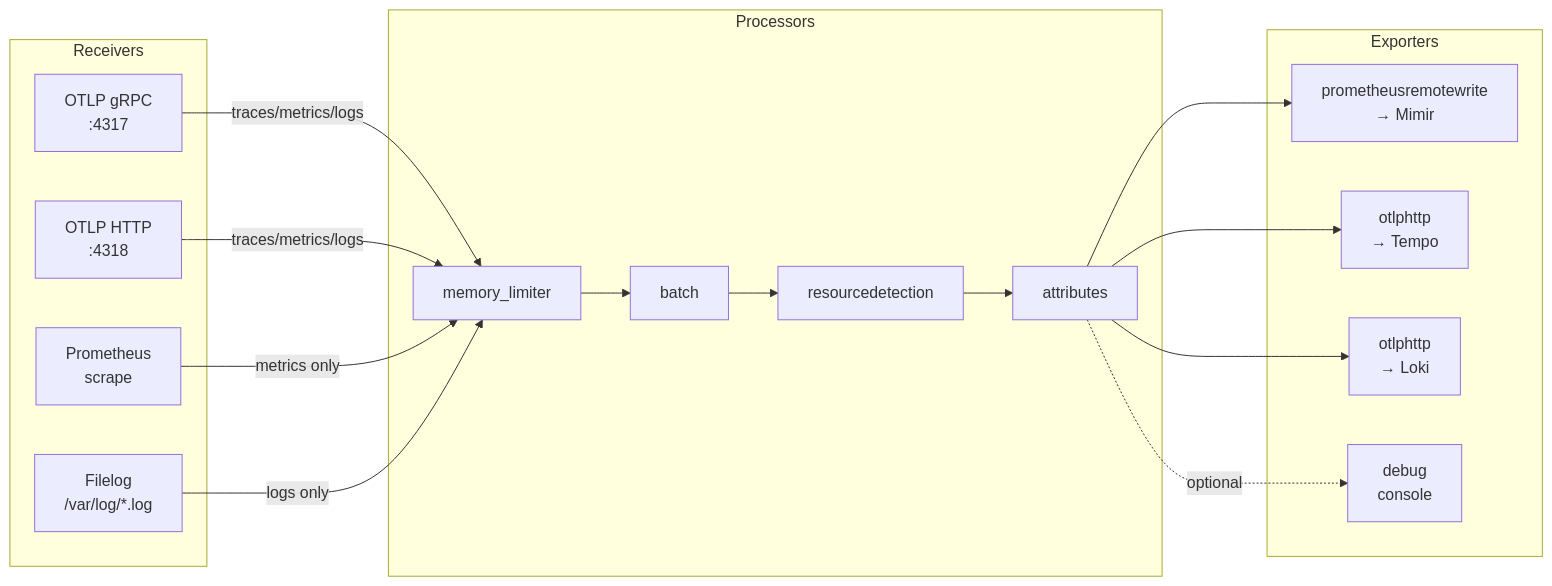
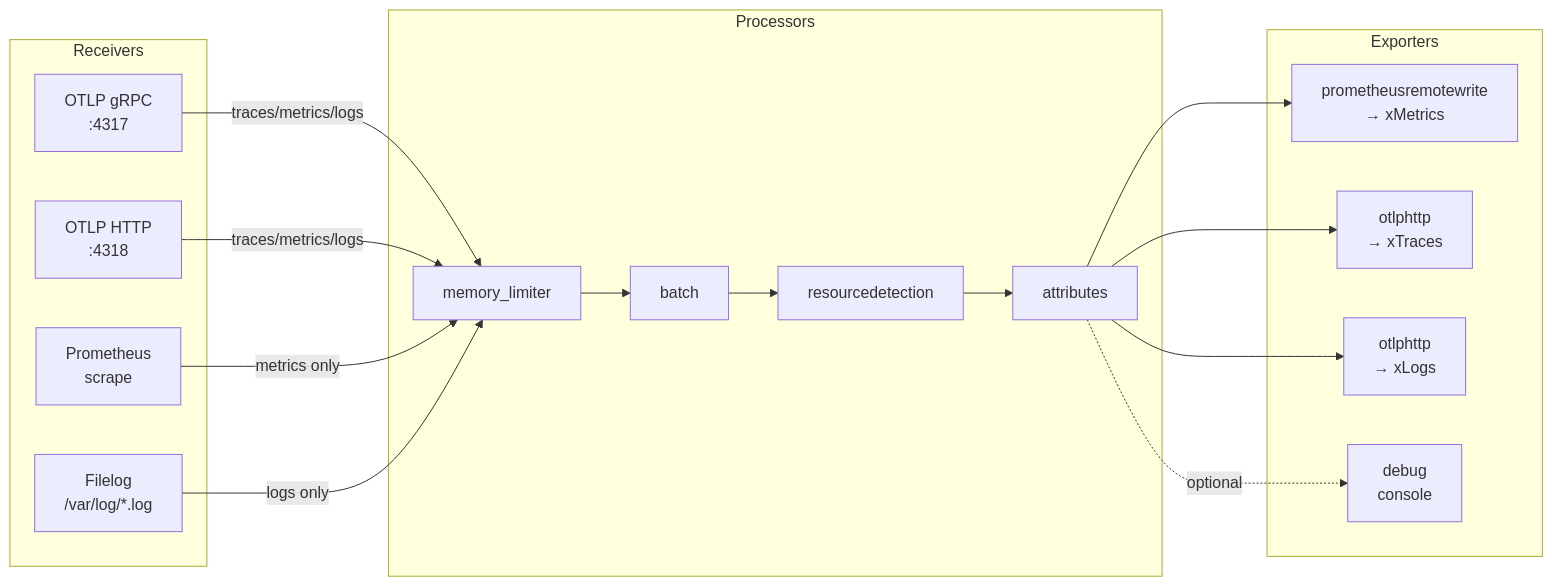
The diagram in docs/session-2/collector-components.md (xscaler/training), drawn with Mermaid before and after one commit. The commit also changed other lines of this file and 29 other files, not shown here.

````diff
--- a/docs/session-2/collector-components.md
+++ b/docs/session-2/collector-components.md
@@ -14,27 +14,27 @@
 ```mermaid
 graph LR
     subgraph Receivers
         R1[OTLP gRPC\n:4317]
         R2[OTLP HTTP\n:4318]
         R3[Prometheus\nscrape]
         R4[Filelog\n/var/log/*.log]
     end
     subgraph Processors
         P1[memory_limiter]
         P2[batch]
         P3[resourcedetection]
         P4[attributes]
     end
     subgraph Exporters
-        E1[prometheusremotewrite\n→ Mimir]
-        E2[otlphttp\n→ Tempo]
-        E3[otlphttp\n→ Loki]
+        E1[prometheusremotewrite\n→ xMetrics]
+        E2[otlphttp\n→ xTraces]
+        E3[otlphttp\n→ xLogs]
         E4[debug\nconsole]
     end
 
     R1 & R2 -->|traces/metrics/logs| P1 --> P2 --> P3 --> P4
     P4 --> E1 & E2 & E3
     R3 -->|metrics only| P1
     R4 -->|logs only| P1
     P4 -.->|optional| E4
 ```
````
